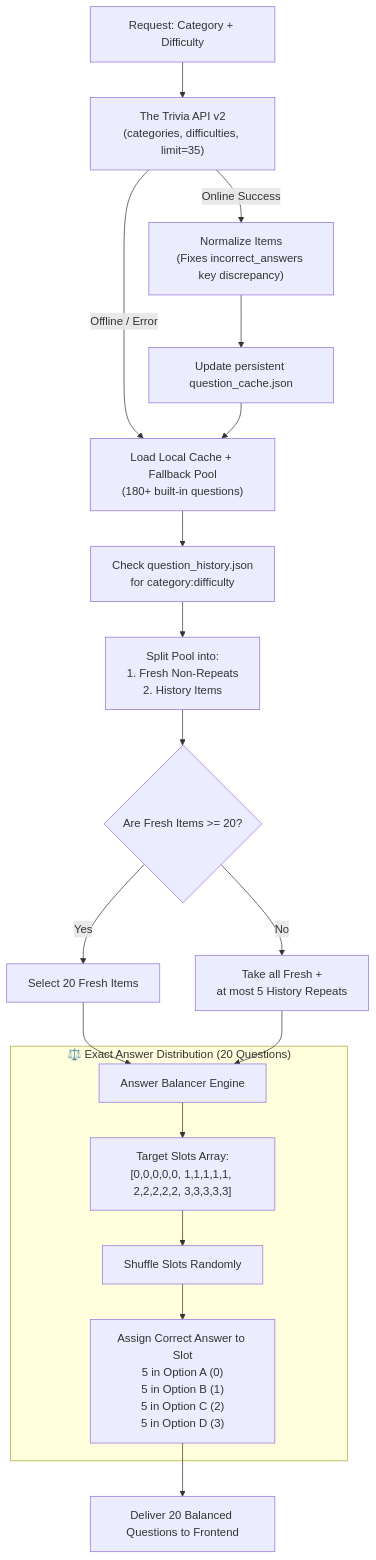
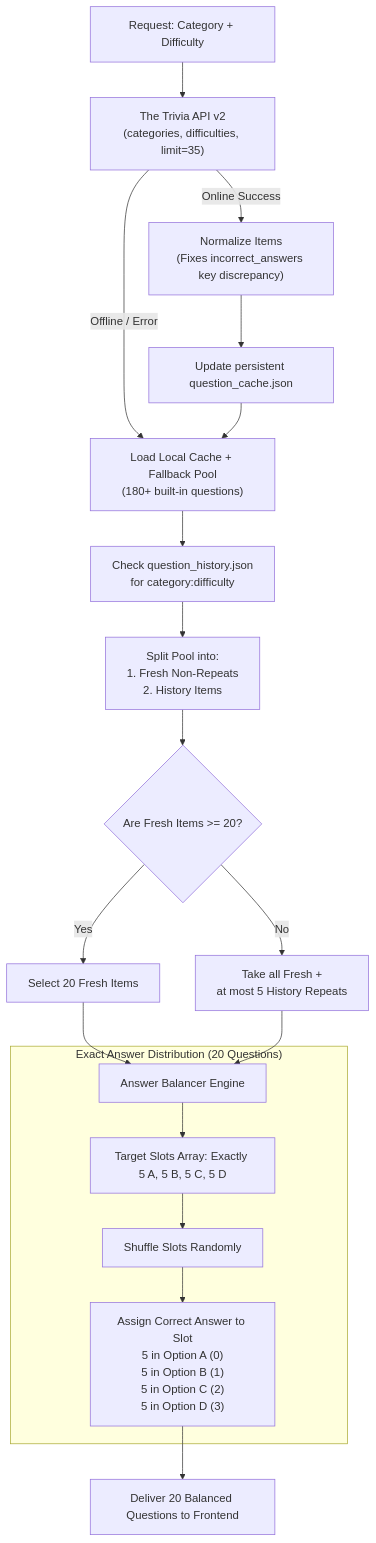
Before and after one commit to Vikramreddy17/interactive-quiz-station-Lidar: the fourth of 4 diagrams in README.md, drawn with Mermaid. The commit also changed other lines of this file and 3 other files, not shown here.

Commit message:
Add high-res vector diagram assets and fix Mermaid parsing issues in README

````diff
--- a/README.md
+++ b/README.md
@@ -165,26 +169,26 @@
 ```mermaid
 flowchart TD
     Req["Request: Category + Difficulty"] --> Fetch["The Trivia API v2<br/>(categories, difficulties, limit=35)"]
     Fetch -->|Online Success| Norm["Normalize Items<br/>(Fixes incorrect_answers key discrepancy)"]
     Fetch -->|Offline / Error| LoadCache["Load Local Cache + Fallback Pool<br/>(180+ built-in questions)"]
     Norm --> SaveCache["Update persistent question_cache.json"]
     SaveCache --> LoadCache
 
     LoadCache --> HistCheck["Check question_history.json<br/>for category:difficulty"]
     HistCheck --> Filter["Split Pool into:<br/>1. Fresh Non-Repeats<br/>2. History Items"]
 
-    Filter --> CountCheck{"Are Fresh Items >= 20?"}
+    Filter --> CountCheck{"Are Fresh Items &gt;= 20?"}
     CountCheck -->|Yes| PickFresh["Select 20 Fresh Items"]
     CountCheck -->|No| Mix["Take all Fresh +<br/>at most 5 History Repeats"]
 
     PickFresh --> Balance["Answer Balancer Engine"]
     Mix --> Balance
 
-    subgraph Balancer["⚖️ Exact Answer Distribution (20 Questions)"]
-        Balance --> Slots["Target Slots Array:<br/>[0,0,0,0,0, 1,1,1,1,1, 2,2,2,2,2, 3,3,3,3,3]"]
+    subgraph Balancer["Exact Answer Distribution (20 Questions)"]
+        Balance --> Slots["Target Slots Array: Exactly 5 A, 5 B, 5 C, 5 D"]
         Slots --> Shuffle["Shuffle Slots Randomly"]
         Shuffle --> Distribute["Assign Correct Answer to Slot<br/>5 in Option A (0)<br/>5 in Option B (1)<br/>5 in Option C (2)<br/>5 in Option D (3)"]
     end
 
     Distribute --> Out["Deliver 20 Balanced Questions to Frontend"]
 ```
````
